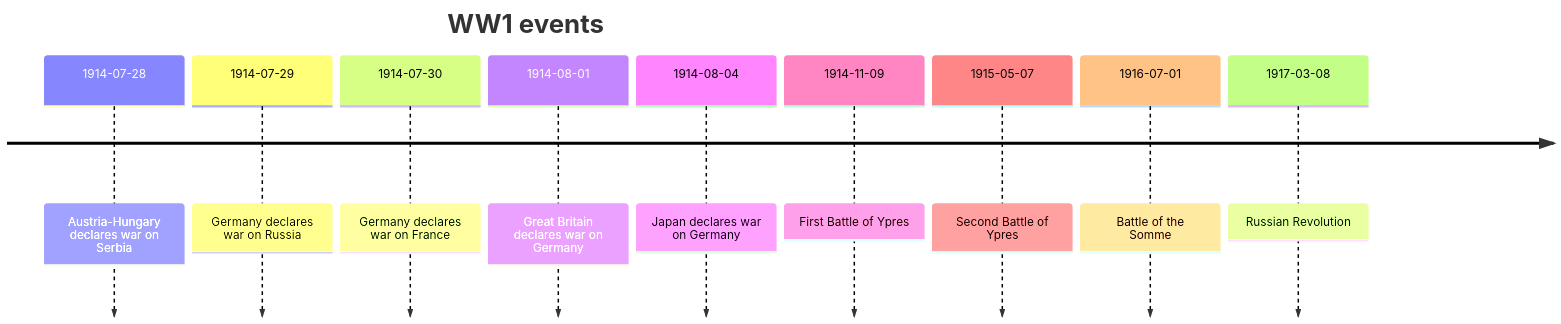
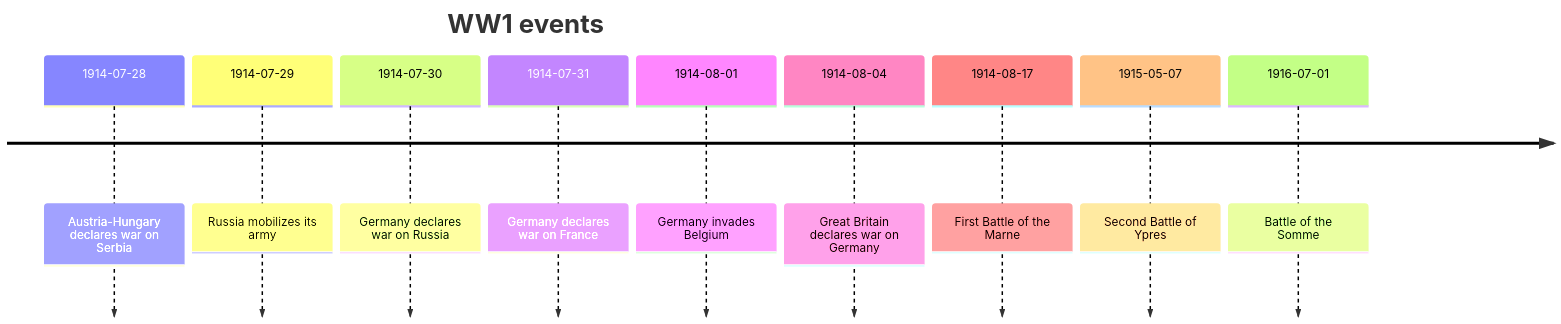
The diagram in README.md (antononcube/Raku-Text-SubParsers), drawn with Mermaid before and after one commit. The commit also changed other lines of this file and 1 other file, not shown here.

````diff
--- a/README.md
+++ b/README.md
@@ -184,13 +242,13 @@
 ```mermaid
 timeline
 	title WW1 events
 	1914-07-28 : Austria-Hungary declares war on Serbia
-	1914-07-29 : Germany declares war on Russia
-	1914-07-30 : Germany declares war on France
-	1914-08-01 : Great Britain declares war on Germany
-	1914-08-04 : Japan declares war on Germany
-	1914-11-09 : First Battle of Ypres
+	1914-07-29 : Russia mobilizes its army
+	1914-07-30 : Germany declares war on Russia
+	1914-07-31 : Germany declares war on France
+	1914-08-01 : Germany invades Belgium
+	1914-08-04 : Great Britain declares war on Germany
+	1914-08-17 : First Battle of the Marne
 	1915-05-07 : Second Battle of Ypres
 	1916-07-01 : Battle of the Somme
-	1917-03-08 : Russian Revolution
 ```
````
